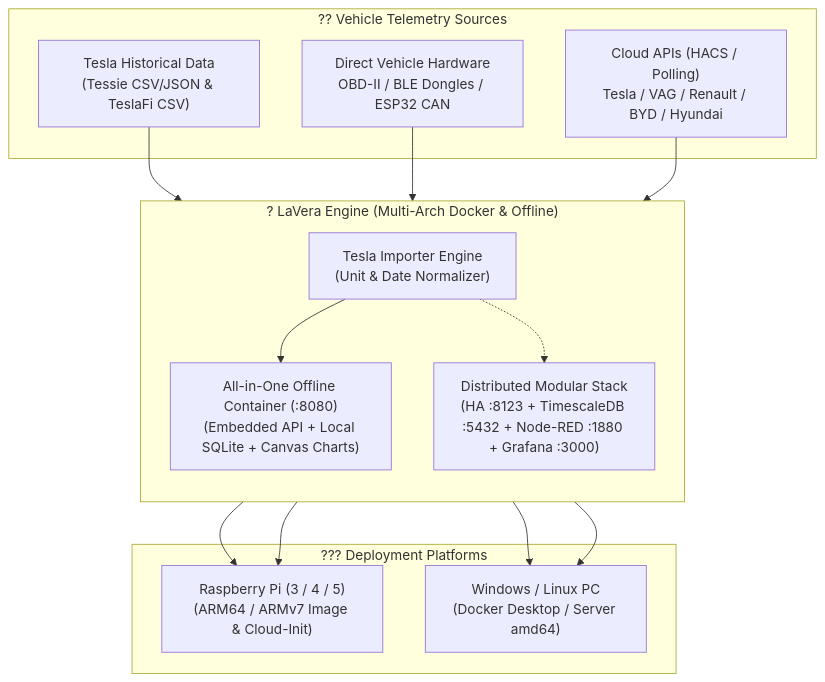
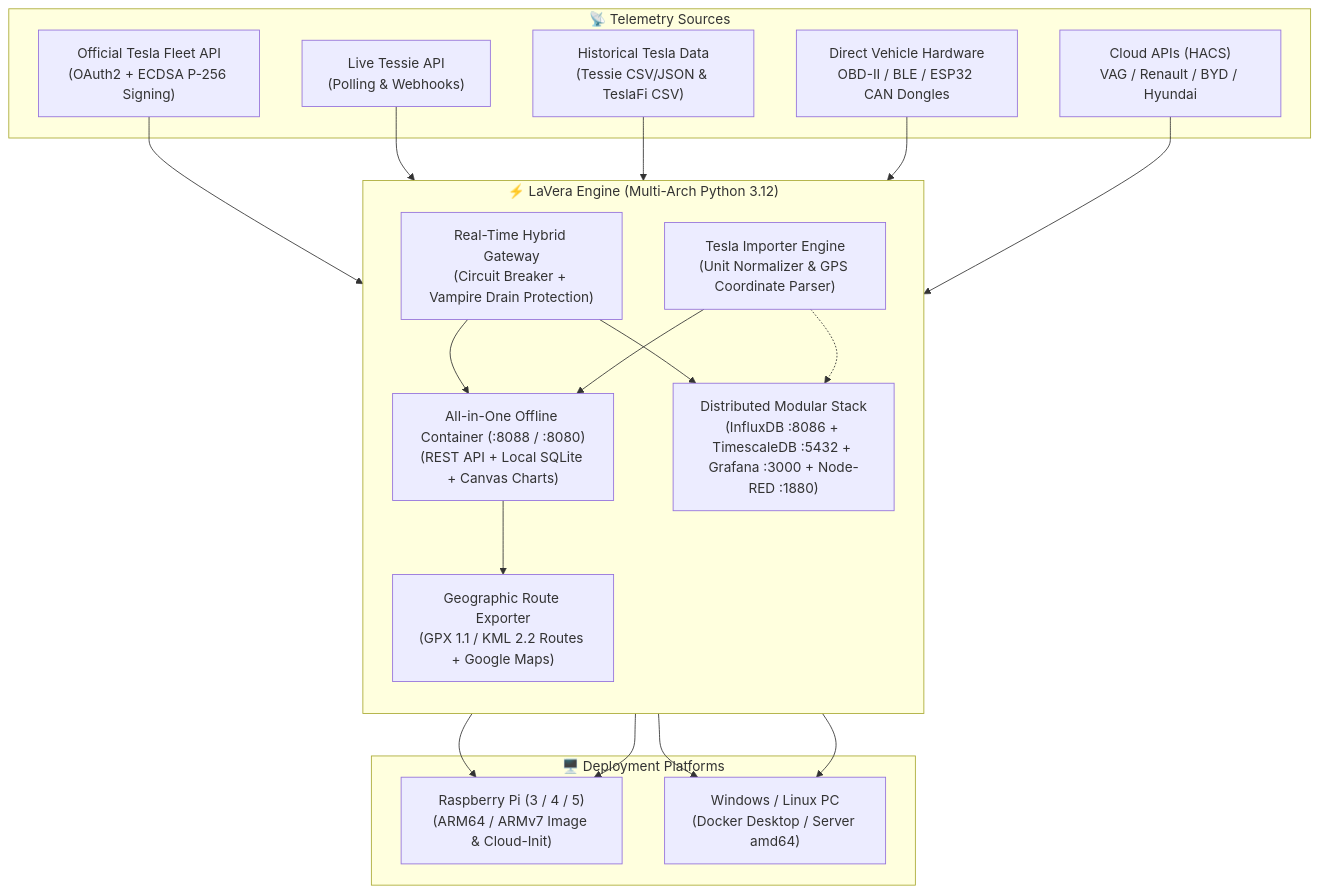
One commit to cast0rtech/LaVera changed the diagram in README.md. Above: the diagram before and after it, drawn with Mermaid. The commit also changed other lines of this file and 5 other files, not shown here.

First line of the commit message:
docs: synchronize bilingual documentation with gateway, InfluxDB v2 and GPX/KML features

````diff
--- a/README.md
+++ b/README.md
@@ -29,38 +34,53 @@
 ```mermaid
 flowchart TD
-    subgraph Sources ["?? Vehicle Telemetry Sources"]
-        TeslaHist["Tesla Historical Data
+    subgraph Sources ["📡 Telemetry Sources"]
+        TeslaFleet["Official Tesla Fleet API
+(OAuth2 + ECDSA P-256 Signing)"]
+        TessieAPI["Live Tessie API
+(Polling & Webhooks)"]
+        TeslaHist["Historical Tesla Data
 (Tessie CSV/JSON & TeslaFi CSV)"]
-        OEM["Cloud APIs (HACS / Polling)
-Tesla / VAG / Renault / BYD / Hyundai"]
+        OEM["Cloud APIs (HACS)
+VAG / Renault / BYD / Hyundai"]
         OBD["Direct Vehicle Hardware
-OBD-II / BLE Dongles / ESP32 CAN"]
+OBD-II / BLE / ESP32 CAN Dongles"]
     end
 
-    subgraph CoreEngine ["? LaVera Engine (Multi-Arch Docker & Offline)"]
+    subgraph CoreEngine ["⚡ LaVera Engine (Multi-Arch Python 3.12)"]
         direction TB
+        Gateway["Real-Time Hybrid Gateway
+(Circuit Breaker + Vampire Drain Protection)"]
         Importer["Tesla Importer Engine
-(Unit & Date Normalizer)"]
-        AllInOne["All-in-One Offline Container (:8080)
-(Embedded API + Local SQLite + Canvas Charts)"]
+(Unit Normalizer & GPS Coordinate Parser)"]
+        AllInOne["All-in-One Offline Container (:8088 / :8080)
+(REST API + Local SQLite + Canvas Charts)"]
+        GeoExport["Geographic Route Exporter
+(GPX 1.1 / KML 2.2 Routes + Google Maps)"]
         ModStack["Distributed Modular Stack
-(HA :8123 + TimescaleDB :5432 + Node-RED :1880 + Grafana :3000)"]
+(InfluxDB :8086 + TimescaleDB :5432 + Grafana :3000 + Node-RED :1880)"]
     end
 
-    subgraph Targets ["??? Deployment Platforms"]
+    subgraph Targets ["🖥️ Deployment Platforms"]
         RPi["Raspberry Pi (3 / 4 / 5)
 (ARM64 / ARMv7 Image & Cloud-Init)"]
         WinLin["Windows / Linux PC
 (Docker Desktop / Server amd64)"]
     end
 
+    TeslaFleet --> Gateway
+    TessieAPI --> Gateway
     TeslaHist --> Importer
+    OBD --> AllInOne
+    OEM --> ModStack
+
+    Gateway --> AllInOne
+    Gateway --> ModStack
     Importer --> AllInOne
     Importer -.-> ModStack
-    OBD --> AllInOne
-    OEM --> ModStack
+    AllInOne --> GeoExport
+
     AllInOne --> RPi
     AllInOne --> WinLin
     ModStack --> WinLin
     ModStack --> RPi
 ```
````
